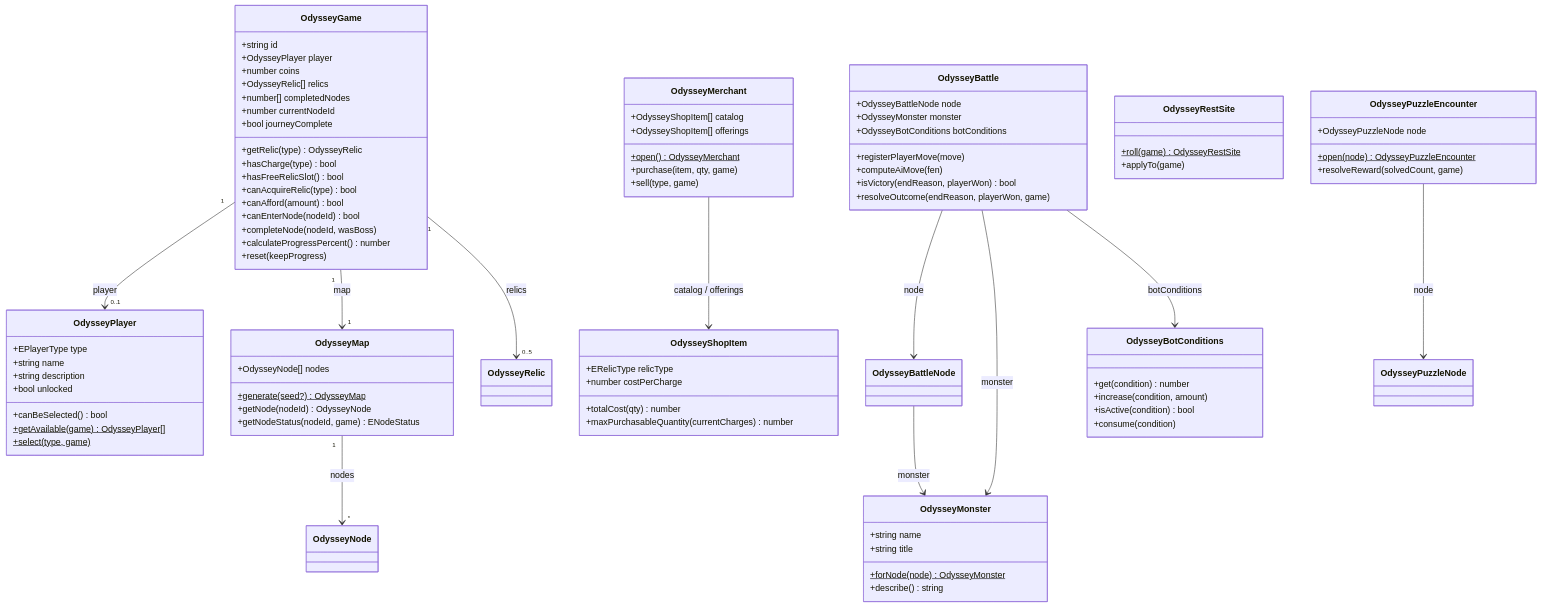
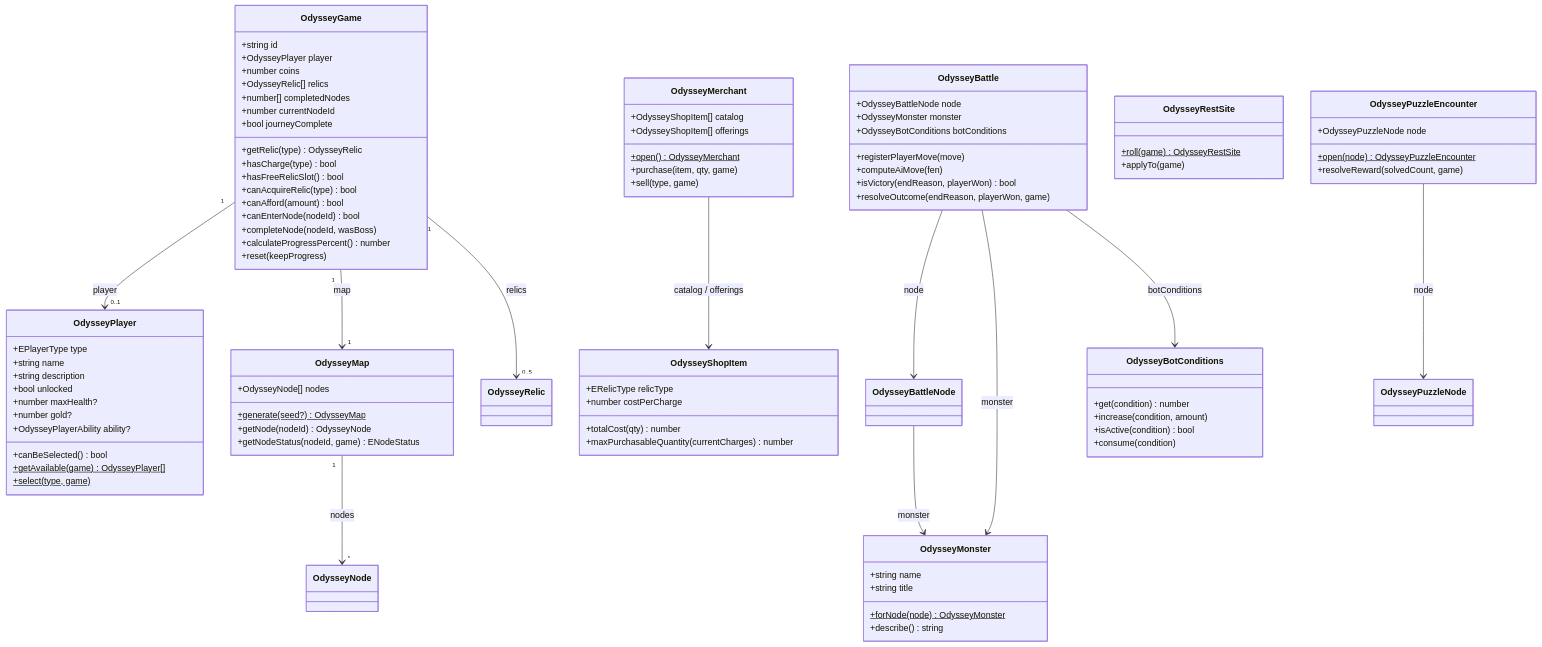
Before and after one commit to CHANDRAHARSHIT/Chess-Project: the third of 3 diagrams in story-mode-backend-models/README.md, drawn with Mermaid. The commit also changed other lines of this file and 3 other files, not shown here.

```diff
--- a/story-mode-backend-models/README.md
+++ b/story-mode-backend-models/README.md
@@ -159,6 +159,9 @@
         +string name
         +string description
         +bool unlocked
+        +number maxHealth?
+        +number gold?
+        +OdysseyPlayerAbility ability?
         +canBeSelected() bool
         +getAvailable(game)$ OdysseyPlayer[]
         +select(type, game)$
```
